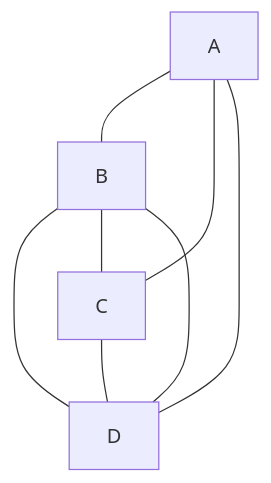
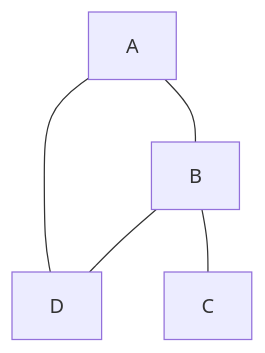
Before and after one commit to emahshie/csc223: the second of 2 diagrams in presentations/graph.md, drawn with Mermaid. The commit also changed other lines of this file, not shown here.

````diff
--- a/presentations/graph.md
+++ b/presentations/graph.md
@@ -23,10 +23,7 @@
 ```mermaid
 flowchart TD
    A --- B
-   A --- C
+   A --- D
    B --- D
    B --- C
-   C --- D
-   D --- A
-   D --- B
 ```
````
